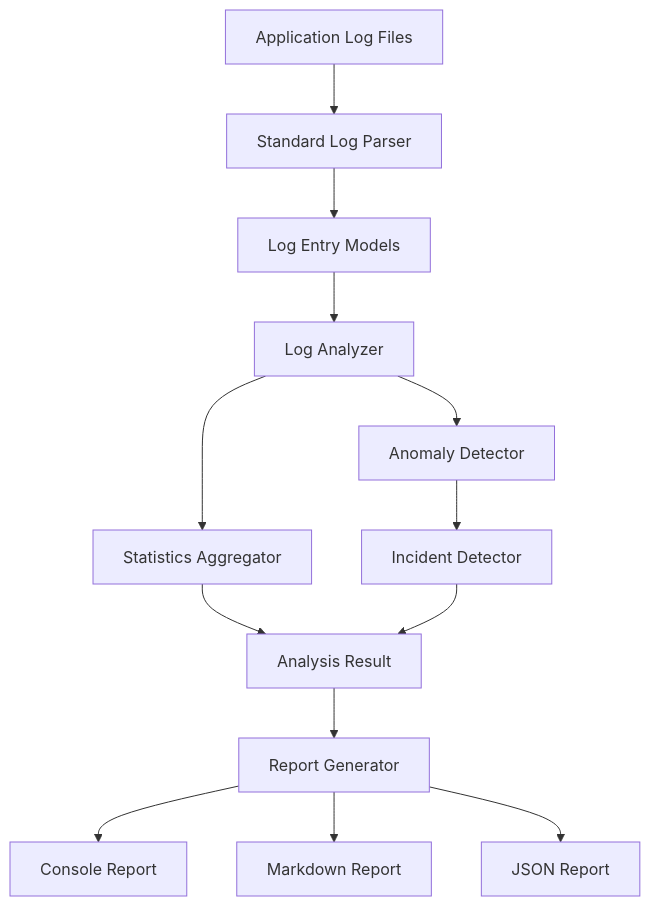
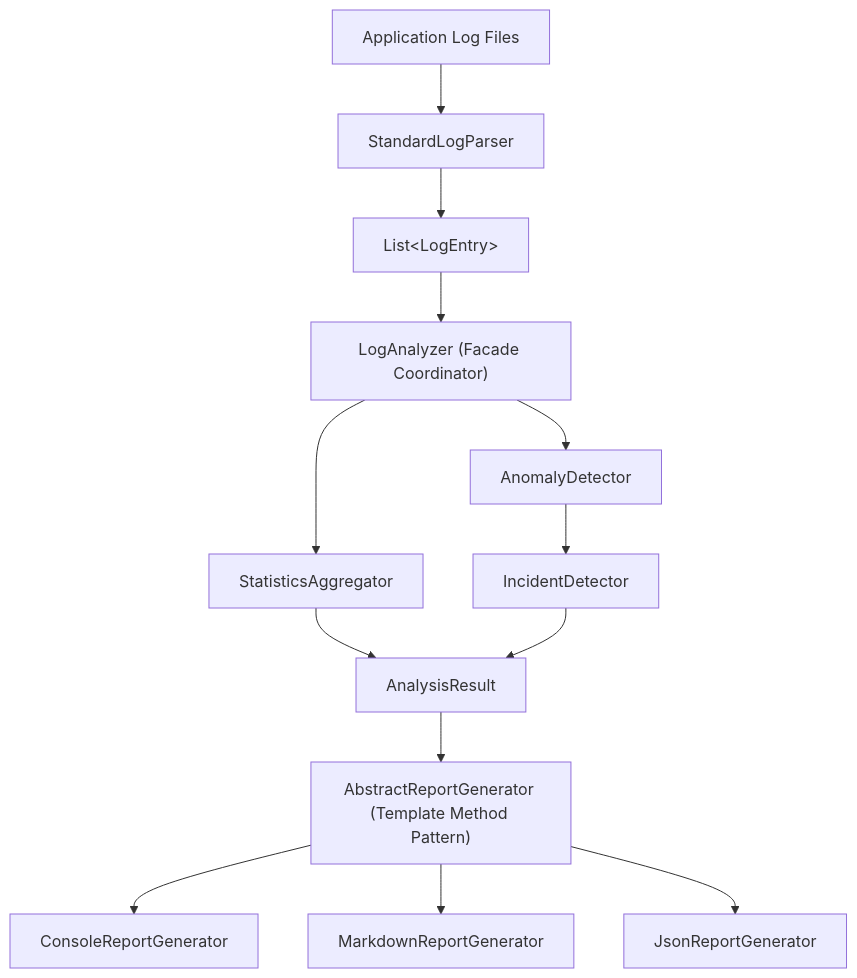
Before and after one commit to dotexeYash/Log-Analyzer-Incident-Detector: the diagram in README.md, drawn with Mermaid. The commit also changed other lines of this file, not shown here.

````diff
--- a/README.md
+++ b/README.md
@@ -91,15 +91,15 @@
 ```mermaid
 flowchart TD
-    A["Application Log Files"] --> B["Standard Log Parser"]
-    B --> C["Log Entry Models"]
-    C --> D["Log Analyzer"]
-    D --> E["Statistics Aggregator"]
-    D --> F["Anomaly Detector"]
-    F --> G["Incident Detector"]
-    E --> H["Analysis Result"]
+    A["Application Log Files"] --> B["StandardLogParser"]
+    B --> C["List&lt;LogEntry&gt;"]
+    C --> D["LogAnalyzer (Facade Coordinator)"]
+    D --> E["StatisticsAggregator"]
+    D --> F["AnomalyDetector"]
+    F --> G["IncidentDetector"]
+    E --> H["AnalysisResult"]
     G --> H
-    H --> I["Report Generator"]
-    I --> J["Console Report"]
-    I --> K["Markdown Report"]
-    I --> L["JSON Report"]
+    H --> I["AbstractReportGenerator (Template Method Pattern)"]
+    I --> J["ConsoleReportGenerator"]
+    I --> K["MarkdownReportGenerator"]
+    I --> L["JsonReportGenerator"]
 ```
````
